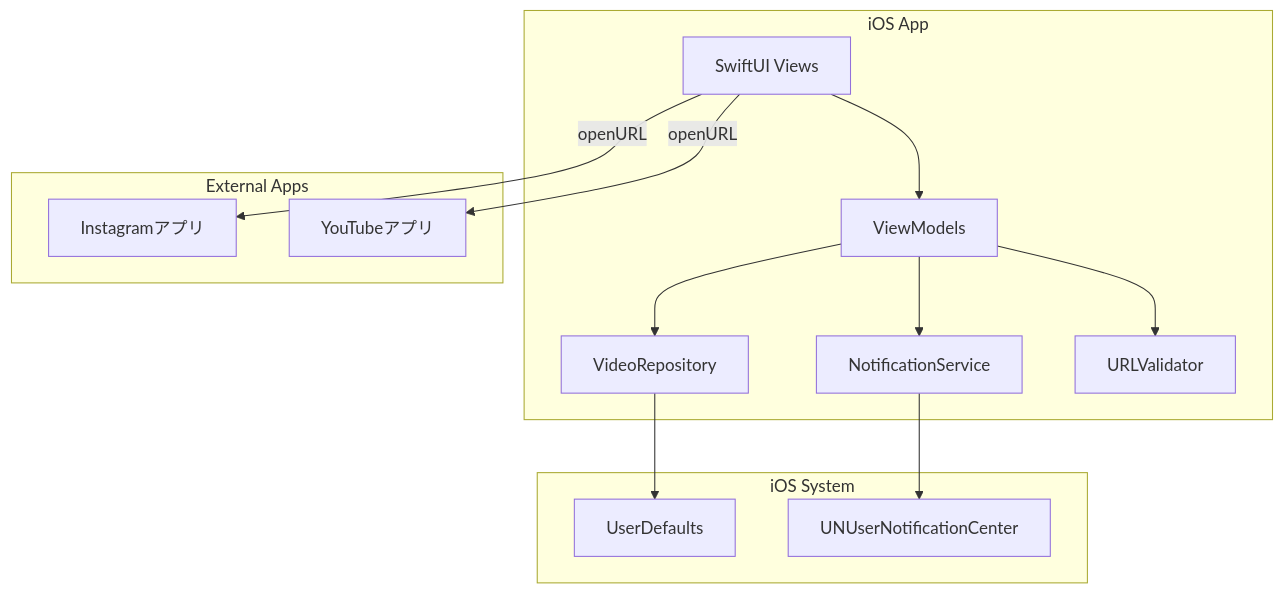
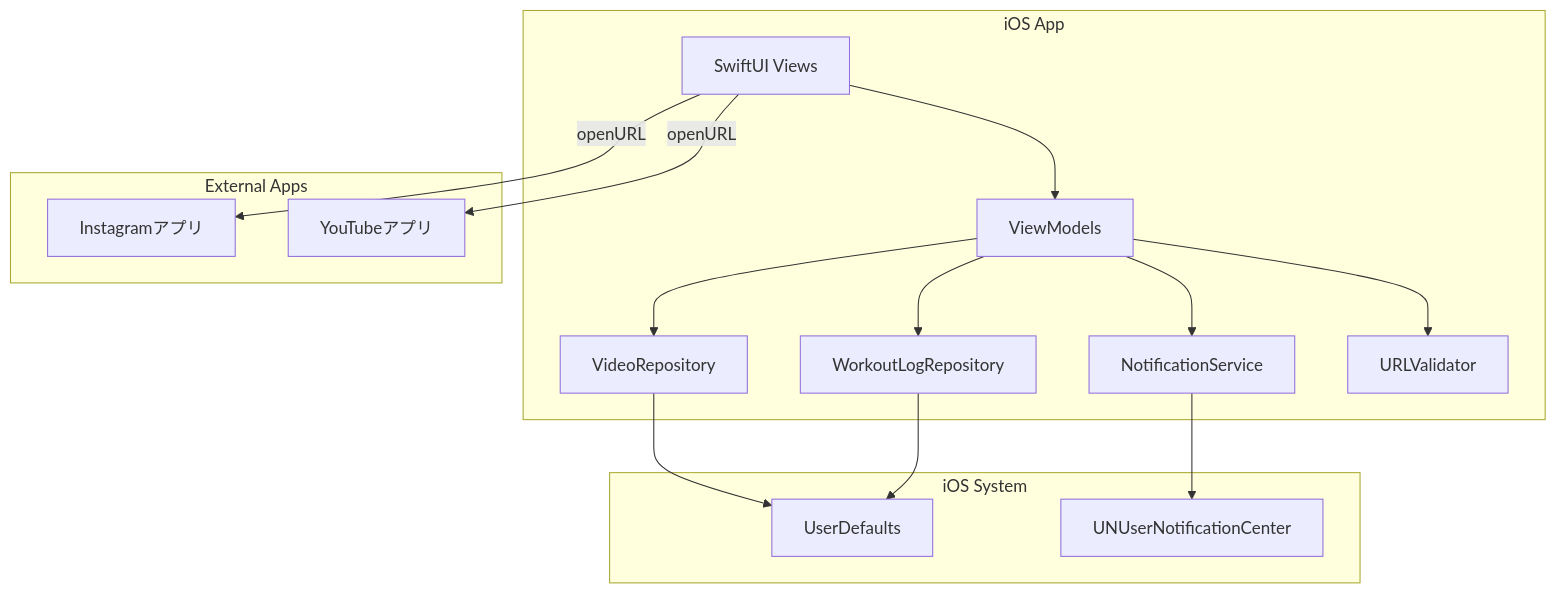
The diagram in docs/architecture.md (mnmKoka13/fitness-reminder), drawn with Mermaid before and after one commit. The commit also changed other lines of this file and 4 other files, not shown here.

````diff
--- a/docs/architecture.md
+++ b/docs/architecture.md
@@ -17,29 +17,32 @@
 ```mermaid
 graph TD
     subgraph iOS App
         UI[SwiftUI Views]
         VM[ViewModels]
         REPO[VideoRepository]
+        LOGREPO[WorkoutLogRepository]
         NS[NotificationService]
         VAL[URLValidator]
     end
 
     subgraph iOS System
         UD[UserDefaults]
         UNF[UNUserNotificationCenter]
     end
 
     subgraph External Apps
         IG[Instagramアプリ]
         YT[YouTubeアプリ]
     end
 
     UI --> VM
     VM --> REPO
+    VM --> LOGREPO
     VM --> NS
     VM --> VAL
     REPO --> UD
+    LOGREPO --> UD
     NS --> UNF
     UI -->|openURL| IG
     UI -->|openURL| YT
 ```
````
